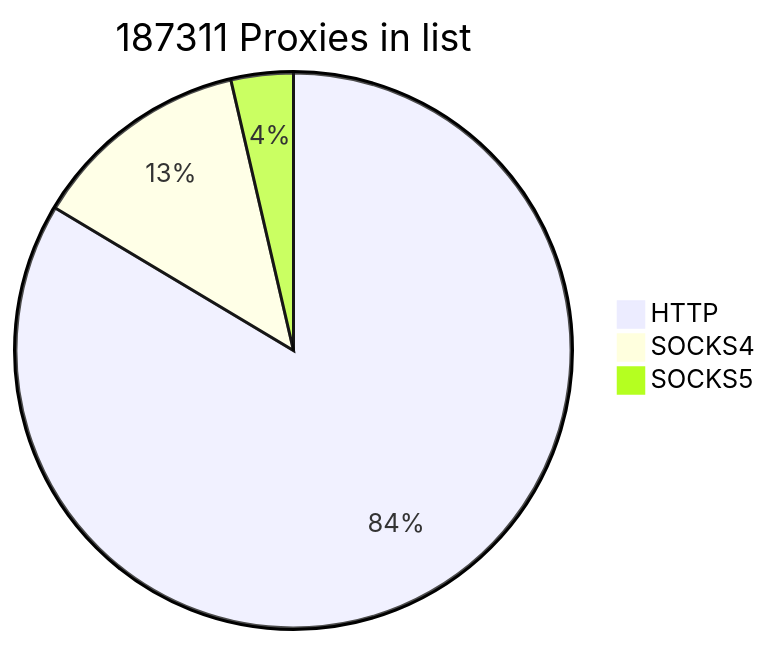
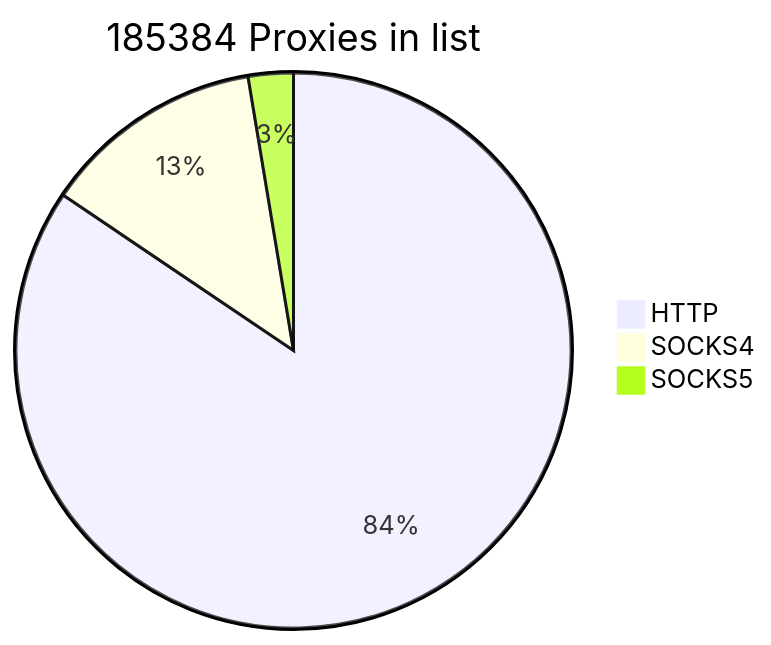
One commit to cutipu/proxylist changed the first of 2 diagrams in README.md. Above: the diagram before and after it, drawn with Mermaid. The commit also changed other lines of this file, not shown here.

````diff
--- a/README.md
+++ b/README.md
@@ -2,7 +2,7 @@
 ```mermaid
-pie title 187311 Proxies in list
+pie title 185384 Proxies in list
     "HTTP" : 156553
     "SOCKS4" : 23974
-    "SOCKS5" : 6784
+    "SOCKS5" : 4857
             
 ```
````
